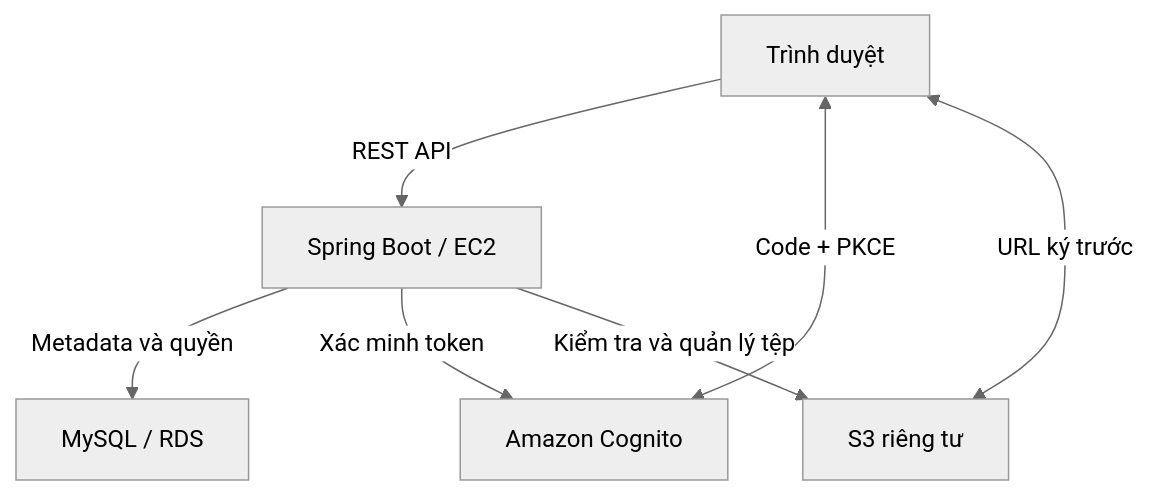
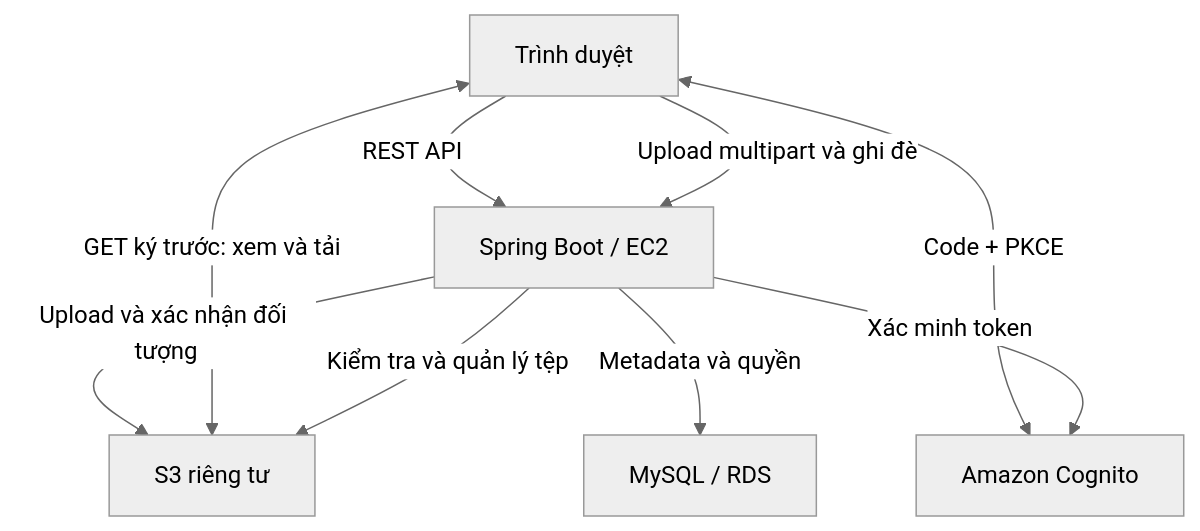
The diagram in README.md (hluongTr/CloudDocs-He-thong-quan-ly-tai-lieu-doanh-nghiep-tren-Cloud-AWS), drawn with Mermaid (neutral theme) before and after one commit. The commit also changed other lines of this file and 41 other files, not shown here.

````diff
--- a/README.md
+++ b/README.md
@@ -60,9 +99,11 @@
 ```mermaid
 flowchart TD
     Web["Trình duyệt"] -->|REST API| API["Spring Boot / EC2"]
     Web <-->|Code + PKCE| Auth["Amazon Cognito"]
-    Web <-->|URL ký trước| S3["S3 riêng tư"]
+    Web -->|Upload multipart và ghi đè| API
+    API -->|Upload và xác nhận đối tượng| S3["S3 riêng tư"]
+    Web <-->|GET ký trước: xem và tải| S3
     API -->|Metadata và quyền| DB["MySQL / RDS"]
     API -->|Xác minh token| Auth
     API -->|Kiểm tra và quản lý tệp| S3
 ```
````
